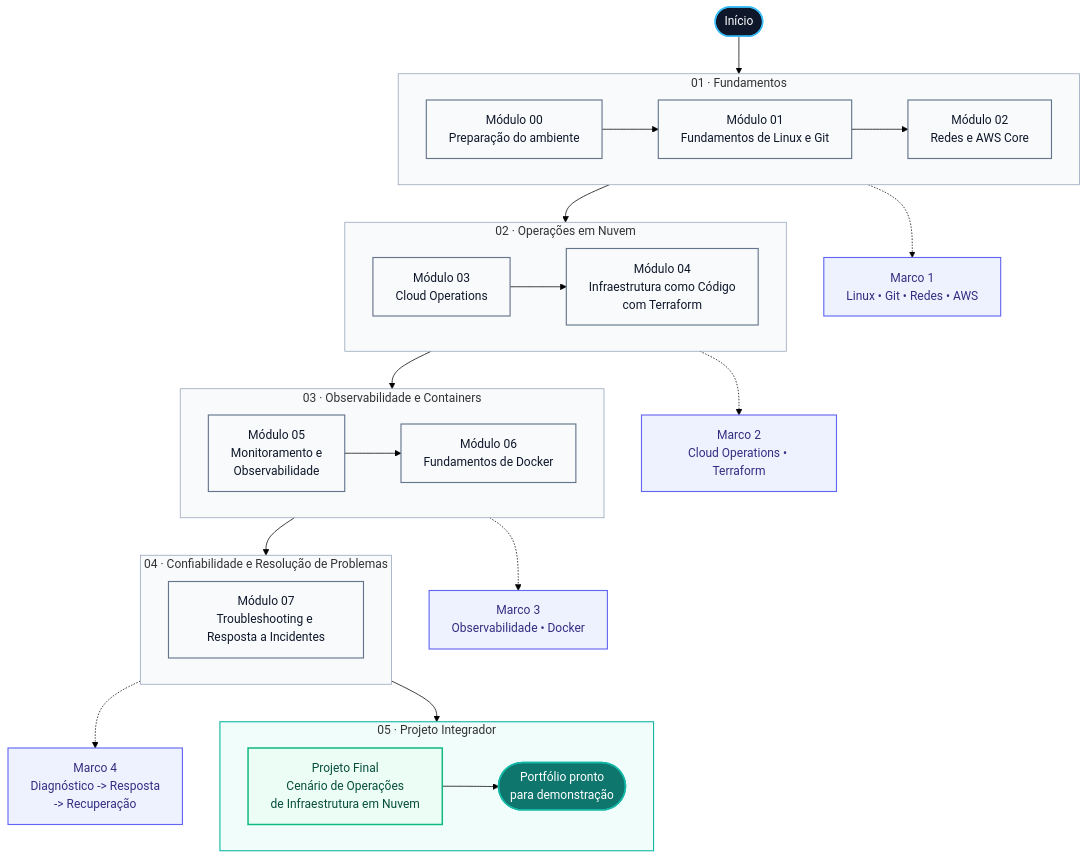
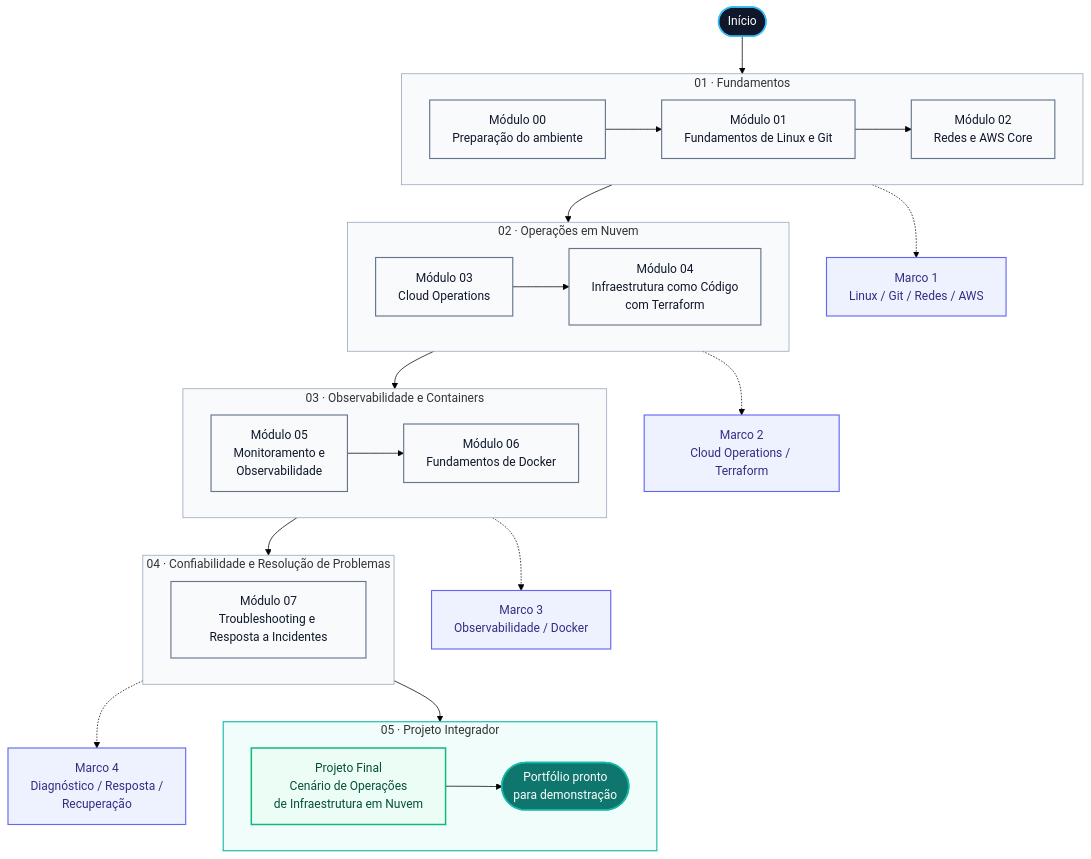
Before and after one commit to itamarsb/cloud-infrastructure-operations-lab: the first of 2 diagrams in docs/roadmap.md, drawn with Mermaid (forest theme).

````diff
--- a/docs/roadmap.md
+++ b/docs/roadmap.md
@@ -38,72 +38,72 @@
 ```mermaid
 flowchart TB
     START([Início])
 
     subgraph F1["01 · Fundamentos"]
         direction LR
         M00["Módulo 00<br/>Preparação do ambiente"]
         M01["Módulo 01<br/>Fundamentos de Linux e Git"]
         M02["Módulo 02<br/>Redes e AWS Core"]
         M00 --> M01 --> M02
     end
 
     subgraph F2["02 · Operações em Nuvem"]
         direction LR
         M03["Módulo 03<br/>Cloud Operations"]
         M04["Módulo 04<br/>Infraestrutura como Código<br/>com Terraform"]
         M03 --> M04
     end
 
     subgraph F3["03 · Observabilidade e Containers"]
         direction LR
         M05["Módulo 05<br/>Monitoramento e<br/>Observabilidade"]
         M06["Módulo 06<br/>Fundamentos de Docker"]
         M05 --> M06
     end
 
     subgraph F4["04 · Confiabilidade e Resolução de Problemas"]
         direction LR
         M07["Módulo 07<br/>Troubleshooting e Resposta a Incidentes"]
     end
 
     subgraph F5["05 · Projeto Integrador"]
         direction LR
         M08["Projeto Final<br/>Cenário de Operações<br/>de Infraestrutura em Nuvem"]
         DONE([Portfólio pronto<br/>para demonstração])
         M08 --> DONE
     end
 
     START --> M00
     M02 --> M03
     M04 --> M05
     M06 --> M07
     M07 --> M08
 
-    C1["Marco 1<br/>Linux • Git • Redes • AWS"]
-    C2["Marco 2<br/>Cloud Operations • Terraform"]
-    C3["Marco 3<br/>Observabilidade • Docker"]
-    C4["Marco 4<br/>Diagnóstico -> Resposta<br/>-> Recuperação"]
+    C1["Marco 1<br/>Linux / Git / Redes / AWS"]
+    C2["Marco 2<br/>Cloud Operations / Terraform"]
+    C3["Marco 3<br/>Observabilidade / Docker"]
+    C4["Marco 4<br/>Diagnóstico / Resposta /<br/>Recuperação"]
 
     M02 -.-> C1
     M04 -.-> C2
     M06 -.-> C3
     M07 -.-> C4
 
     classDef start fill:#0f172a,stroke:#38bdf8,color:#ffffff,stroke-width:2px;
     classDef module fill:#f8fafc,stroke:#64748b,color:#0f172a,stroke-width:1.5px;
     classDef milestone fill:#eef2ff,stroke:#6366f1,color:#312e81,stroke-width:1.5px;
     classDef final fill:#ecfdf5,stroke:#10b981,color:#064e3b,stroke-width:2px;
     classDef finish fill:#0f766e,stroke:#14b8a6,color:#ffffff,stroke-width:2px;
 
     class START start;
     class M00,M01,M02,M03,M04,M05,M06,M07 module;
     class C1,C2,C3,C4 milestone;
     class M08 final;
     class DONE finish;
 
     style F1 fill:#f8fafc,stroke:#94a3b8,stroke-width:1px
     style F2 fill:#f8fafc,stroke:#94a3b8,stroke-width:1px
     style F3 fill:#f8fafc,stroke:#94a3b8,stroke-width:1px
     style F4 fill:#f8fafc,stroke:#94a3b8,stroke-width:1px
     style F5 fill:#f0fdfa,stroke:#14b8a6,stroke-width:1.5px
 ```
````
